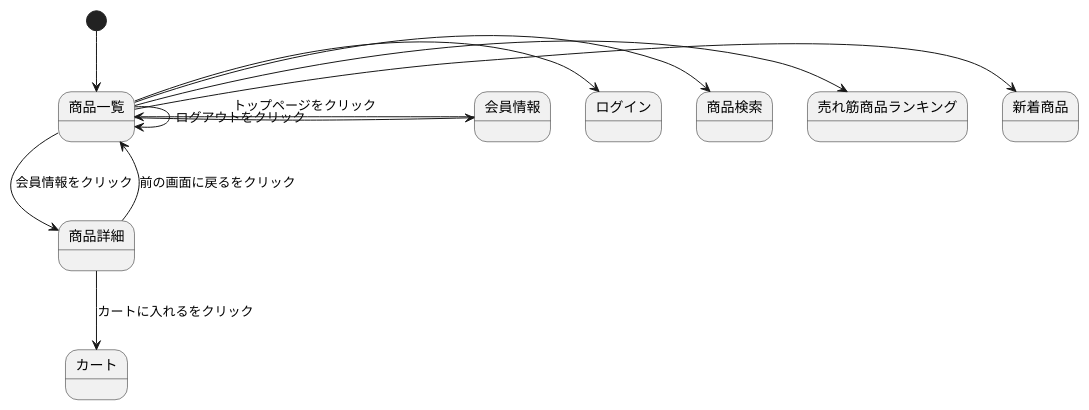
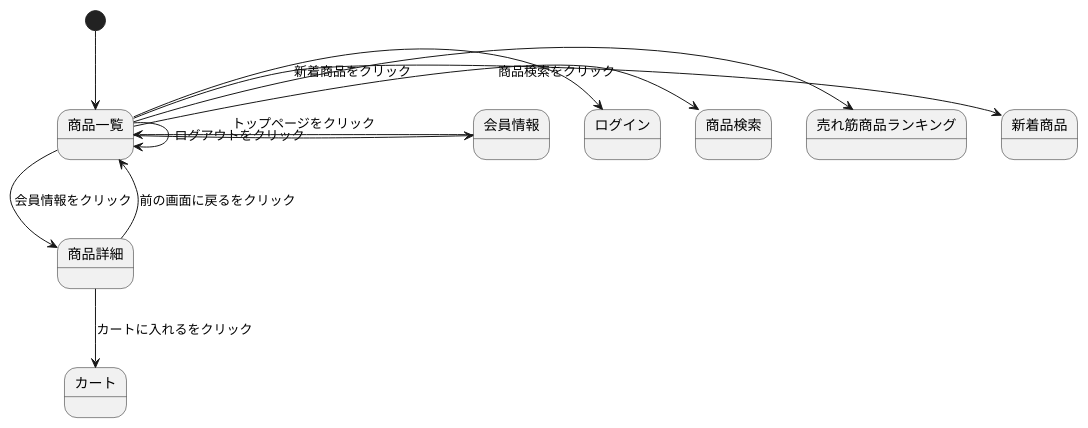
Before and after one commit to Aso2001369/2021sys-design: the diagram in stmmyshop.md, drawn with PlantUML.

````diff
--- a/stmmyshop.md
+++ b/stmmyshop.md
@@ -1,16 +1,16 @@
 ```uml
 @startuml
 
 [*] --> 商品一覧
-商品一覧 -> 新着商品
+商品一覧 -> 新着商品 : 新着商品をクリック
 商品一覧 -> 売れ筋商品ランキング
-商品一覧 -> 商品検索
+商品一覧 -> 商品検索 : 商品検索をクリック
 商品一覧 -> 商品詳細 : 会員情報をクリック
 商品一覧 -> ログイン
 商品一覧 -> 商品一覧 : ログアウトをクリック
 商品一覧 -> 会員情報
 商品詳細 --> カート : カートに入れるをクリック
 商品詳細 --> 商品一覧 : 前の画面に戻るをクリック
 会員情報 -> 商品一覧 : トップページをクリック
 @enduml
 ```
````
